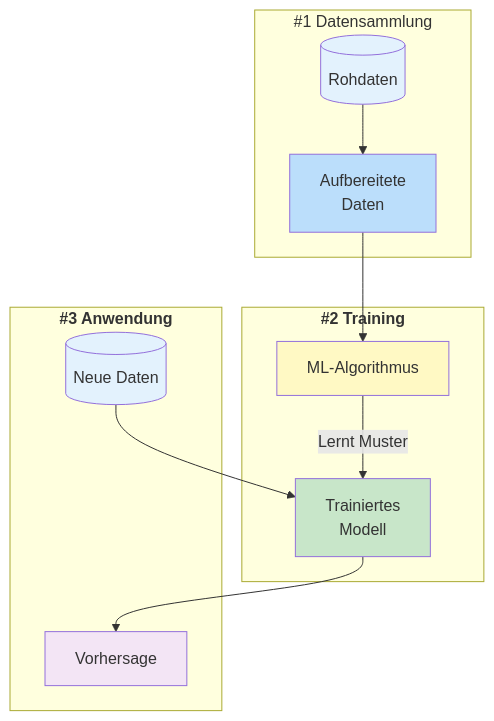
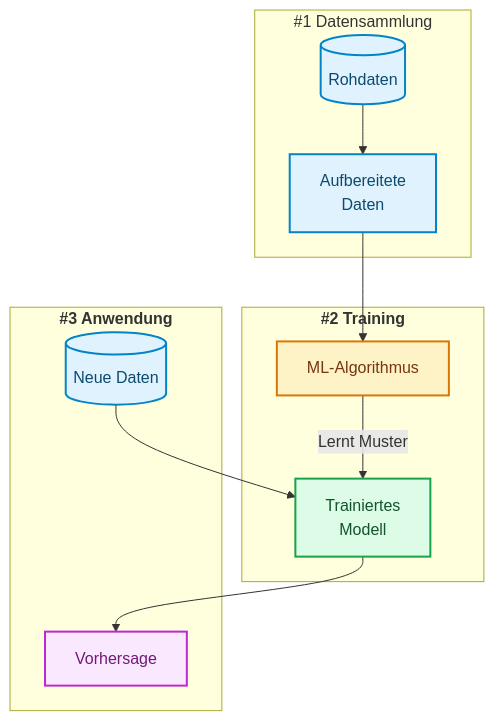
One commit to ralf-42/ML_Intro changed the third of 14 diagrams in docs/concepts/grundlagen/machine_learning_grundlagen.md. Above: the diagram before and after it, drawn with Mermaid. The commit also changed other lines of this file and 67 other files, not shown here.

````diff
--- a/docs/concepts/grundlagen/machine_learning_grundlagen.md
+++ b/docs/concepts/grundlagen/machine_learning_grundlagen.md
@@ -122,26 +123,27 @@
 ```mermaid
 flowchart TB
     subgraph phase1["#1 Datensammlung"]
         D1[("Rohdaten")]
         D2["Aufbereitete<br/>Daten"]
         D1 --> D2
     end
     
     subgraph phase2["<b>#2 Training"]
         D2 --> ALG["ML-Algorithmus"]
         ALG --> |"Lernt Muster"| MOD["Trainiertes<br/>Modell"]
     end
     
     subgraph phase3["<b>#3 Anwendung"]
         NEW[("Neue Daten")]
         NEW --> MOD
         MOD --> PRED["Vorhersage"]
     end
-    
-    style D1 fill:#e3f2fd
-    style D2 fill:#bbdefb
-    style ALG fill:#fff9c4
-    style MOD fill:#c8e6c9
-    style NEW fill:#e3f2fd
-    style PRED fill:#f3e5f5
+
+    classDef default fill:#e0f2fe,stroke:#0284c7,stroke-width:2px,color:#0c4a6e;
+    classDef metric fill:#fef3c7,stroke:#d97706,stroke-width:2px,color:#78350f;
+    classDef output fill:#dcfce7,stroke:#16a34a,stroke-width:2px,color:#14532d;
+    classDef target fill:#fae8ff,stroke:#c026d3,stroke-width:2px,color:#701a75;
+    class ALG metric;
+    class MOD output;
+    class PRED target;
 ```
````
